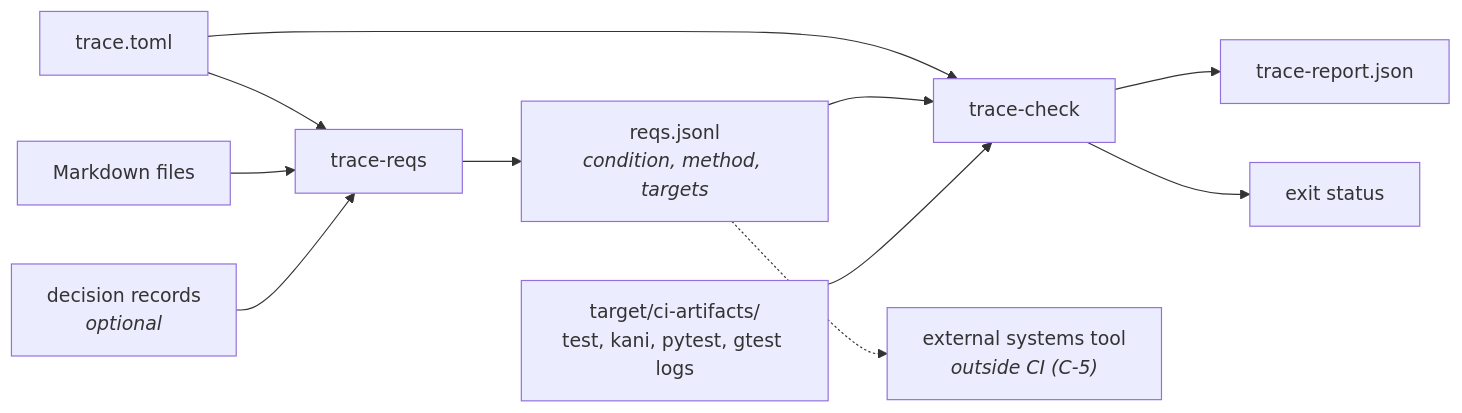
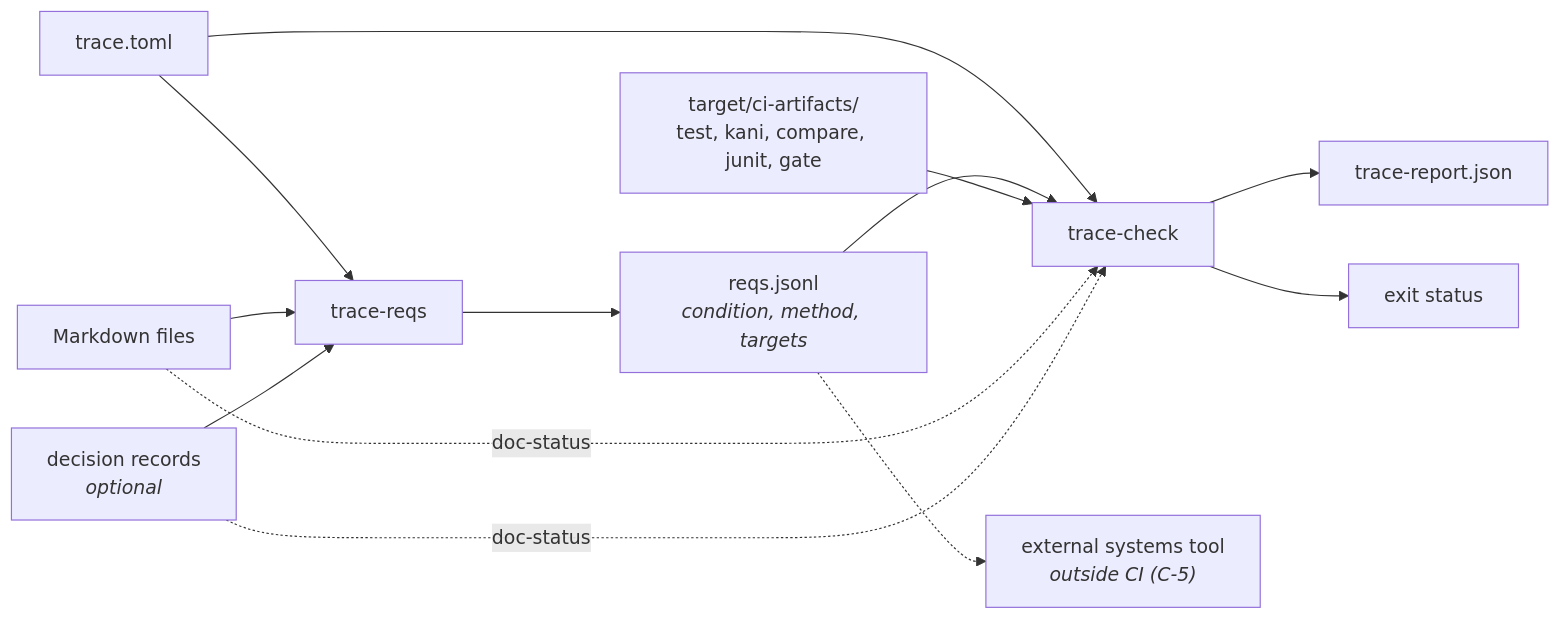
The first of 2 diagrams in documentation/vv/requirement-traceability-design.md (Dyse-Industries/control-rs), drawn with Mermaid before and after one commit. The commit also changed other lines of this file and 20 other files, not shown here.

````diff
--- a/documentation/vv/requirement-traceability-design.md
+++ b/documentation/vv/requirement-traceability-design.md
@@ -262,13 +275,15 @@
 ```mermaid
 flowchart LR
     Cfg["trace.toml"] --> TR
     Cfg --> TC
     Docs["Markdown files"] --> TR["trace-reqs"]
     Dec["decision records<br/><i>optional</i>"] --> TR
     TR --> RJ["reqs.jsonl<br/><i>condition, method, targets</i>"]
     RJ --> TC["trace-check"]
-    Logs["target/ci-artifacts/<br/>test, kani, pytest, gtest logs"] --> TC
+    Logs["target/ci-artifacts/<br/>test, kani, compare, junit, gate"] --> TC
+    Docs -.->|" doc-status "| TC
+    Dec -.->|" doc-status "| TC
     TC --> Rep["trace-report.json"]
     TC --> Exit["exit status"]
     RJ -.-> Ext["external systems tool<br/><i>outside CI (C-5)</i>"]
 ```
````
